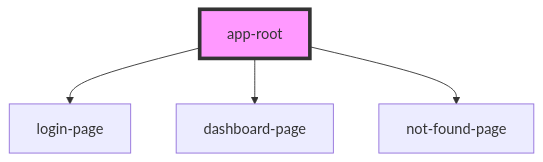
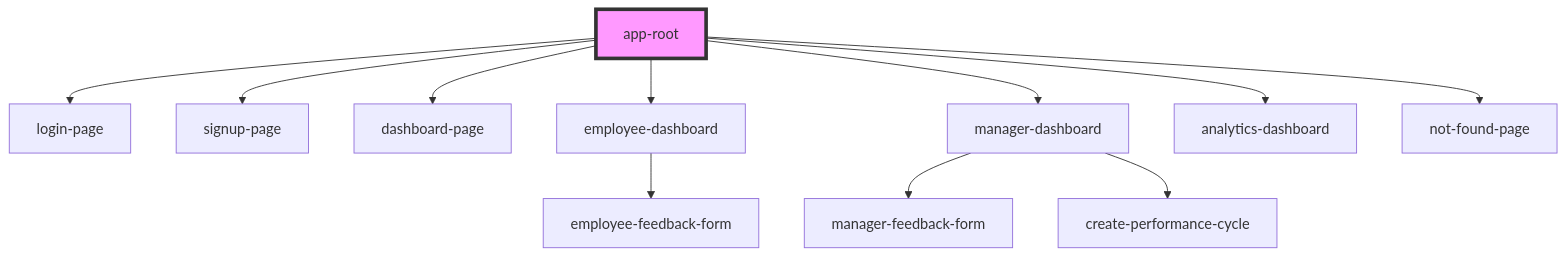
The diagram in src/components/app-root/readme.md (Chirag-amiti/Feedback-System-Frontend), drawn with Mermaid before and after one commit. The commit also changed other lines of this file and 13 other files, not shown here.

Commit message:
Done with analytics dashboard and also worked on team-feedback-page

````diff
--- a/src/components/app-root/readme.md
+++ b/src/components/app-root/readme.md
@@ -17,7 +21,14 @@
 ```mermaid
 graph TD;
   app-root --> login-page
+  app-root --> signup-page
   app-root --> dashboard-page
+  app-root --> employee-dashboard
+  app-root --> manager-dashboard
+  app-root --> analytics-dashboard
   app-root --> not-found-page
+  employee-dashboard --> employee-feedback-form
+  manager-dashboard --> manager-feedback-form
+  manager-dashboard --> create-performance-cycle
   style app-root fill:#f9f,stroke:#333,stroke-width:4px
 ```
````
